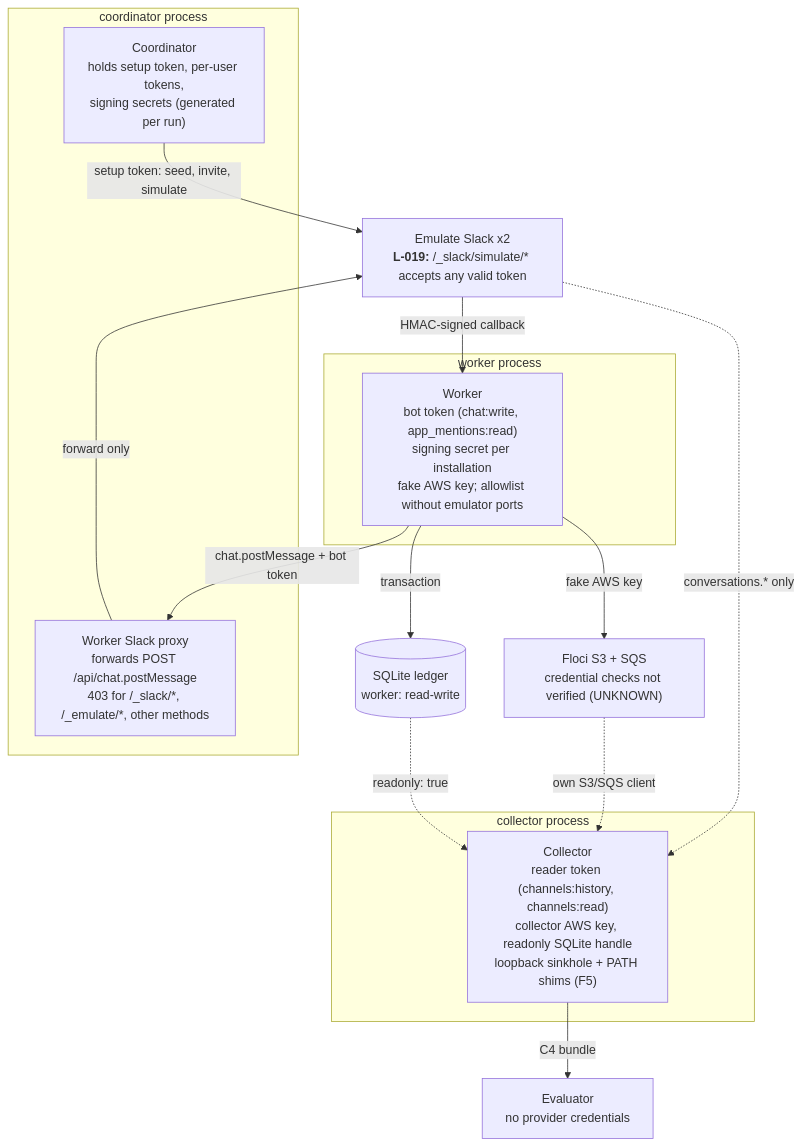
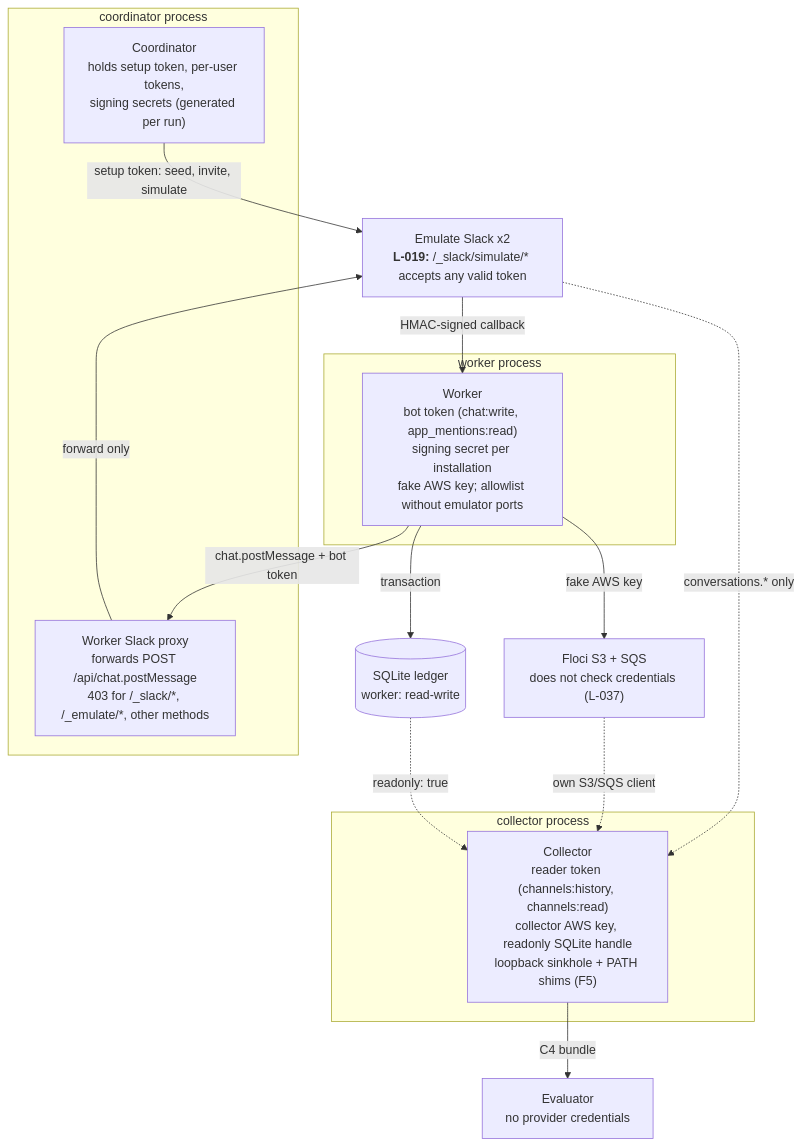
The second of 4 diagrams in docs/diagrams/README.md (shivanathd/google-ax-agent-proof-lab), drawn with Mermaid before and after one commit. The commit also changed other lines of this file and 3 other files, not shown here.

First line of the commit message:
docs(article,diagrams): add AX run 3 and blind-holdout results; record that Floci ignores credentials

````diff
--- a/docs/diagrams/README.md
+++ b/docs/diagrams/README.md
@@ -47,28 +47,28 @@
 ```mermaid
 flowchart TB
   subgraph CP["coordinator process"]
     coord["Coordinator<br/>holds setup token, per-user tokens,<br/>signing secrets (generated per run)"]
     proxy["Worker Slack proxy<br/>forwards POST /api/chat.postMessage<br/>403 for /_slack/*, /_emulate/*, other methods"]
   end
   subgraph WP["worker process"]
     worker["Worker<br/>bot token (chat:write, app_mentions:read)<br/>signing secret per installation<br/>fake AWS key; allowlist without emulator ports"]
   end
   subgraph CL["collector process"]
     collector["Collector<br/>reader token (channels:history, channels:read)<br/>collector AWS key, readonly SQLite handle<br/>loopback sinkhole + PATH shims (F5)"]
   end
   emulate["Emulate Slack x2<br/><b>L-019:</b> /_slack/simulate/* accepts any valid token"]
   ledger[("SQLite ledger<br/>worker: read-write")]
-  floci["Floci S3 + SQS<br/>credential checks not verified (UNKNOWN)"]
+  floci["Floci S3 + SQS<br/>does not check credentials (L-037)"]
   evaluator["Evaluator<br/>no provider credentials"]
 
   coord -- "setup token: seed, invite, simulate" --> emulate
   worker -- "chat.postMessage + bot token" --> proxy
   proxy -- "forward only" --> emulate
   emulate -- "HMAC-signed callback" --> worker
   worker -- "transaction" --> ledger
   worker -- "fake AWS key" --> floci
   emulate -. "conversations.* only" .-> collector
   floci -. "own S3/SQS client" .-> collector
   ledger -. "readonly: true" .-> collector
   collector -- "C4 bundle" --> evaluator
 ```
````
